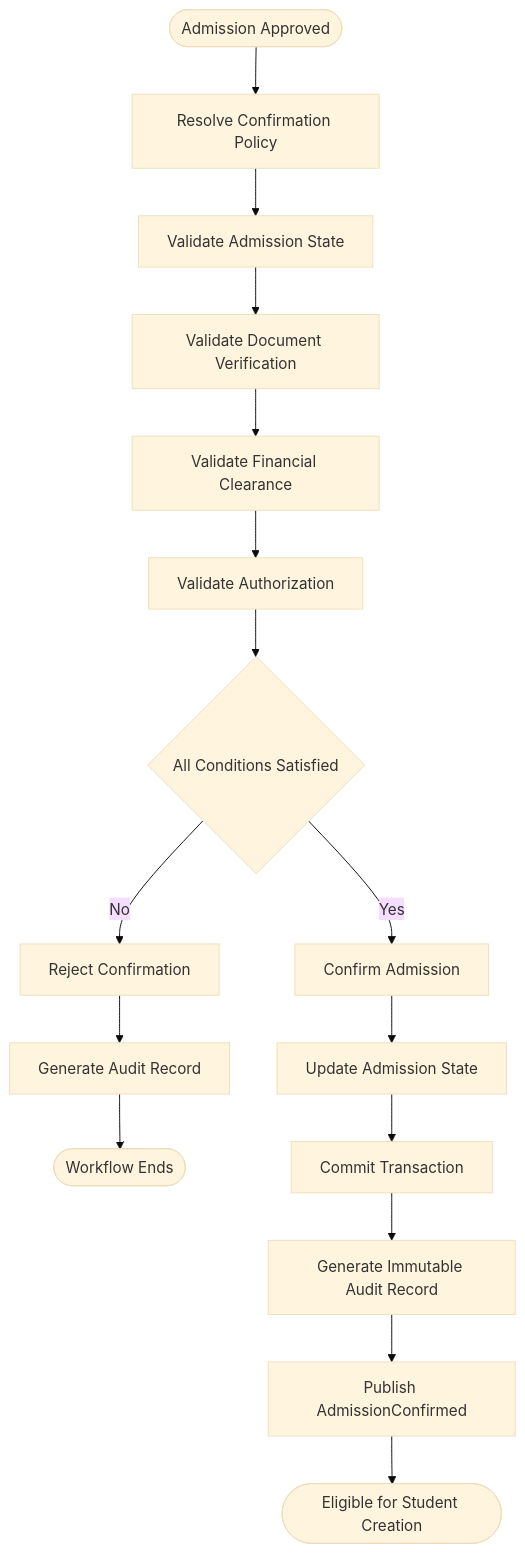
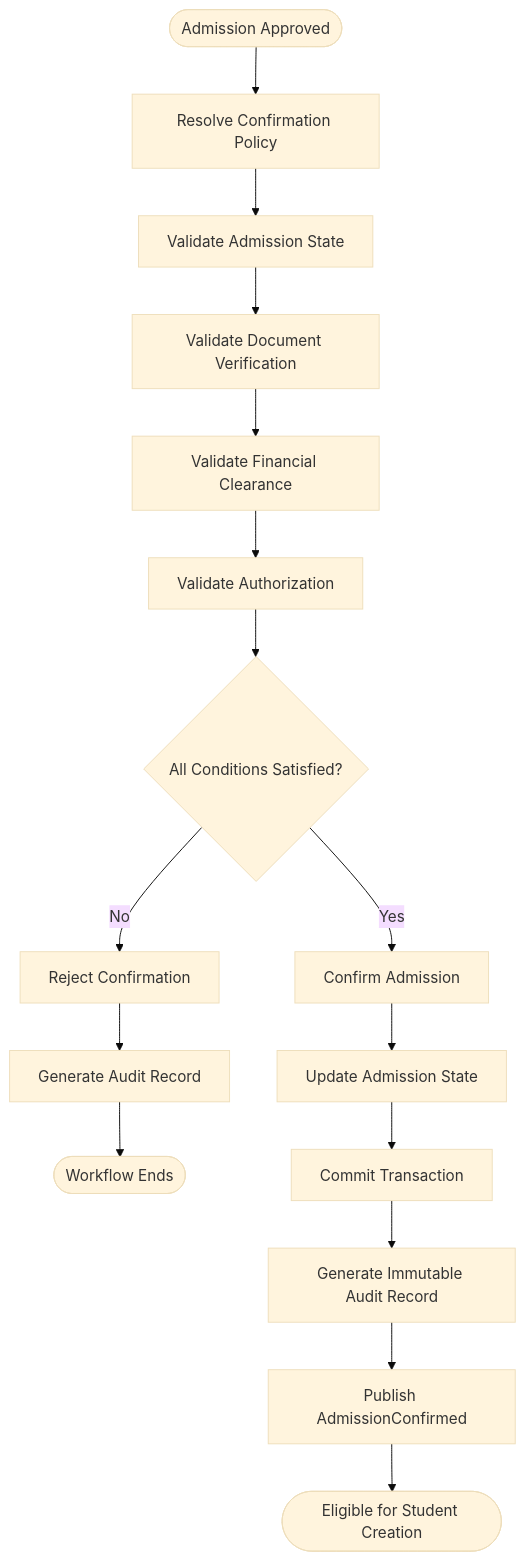
Before and after one commit to Varad1604/ERP_hark: diagram 16 of 24 in architecture/L2_Domain_Workflow_Architecture/section-c/L2-C01_Admissions_Workflows.md, drawn with Mermaid (base theme). The commit also changed other lines of this file and 39 other files, not shown here.

````diff
--- a/architecture/L2_Domain_Workflow_Architecture/section-c/L2-C01_Admissions_Workflows.md
+++ b/architecture/L2_Domain_Workflow_Architecture/section-c/L2-C01_Admissions_Workflows.md
@@ -7978,47 +7978,47 @@
 ```mermaid
 flowchart TD
 
 %% ==========================================================
 %% Trigger
 %% ==========================================================
 
 A([Admission Approved])
 
 --> B[Resolve Confirmation Policy]
 
 --> C[Validate Admission State]
 
 --> D[Validate Document Verification]
 
 --> E[Validate Financial Clearance]
 
 --> F[Validate Authorization]
 
 %% ==========================================================
 %% Decision
 %% ==========================================================
 
-F --> G{All Conditions Satisfied}
+F --> G{All Conditions Satisfied?}
 
 G -- No --> H[Reject Confirmation]
 
 H --> I[Generate Audit Record]
 
 I --> J([Workflow Ends])
 
 %% ==========================================================
 %% Success Path
 %% ==========================================================
 
 G -- Yes --> K[Confirm Admission]
 
 K --> L[Update Admission State]
 
 L --> M[Commit Transaction]
 
 M --> N[Generate Immutable Audit Record]
 
 N --> O[Publish AdmissionConfirmed]
 
 O --> P([Eligible for Student Creation])
 ```
````
